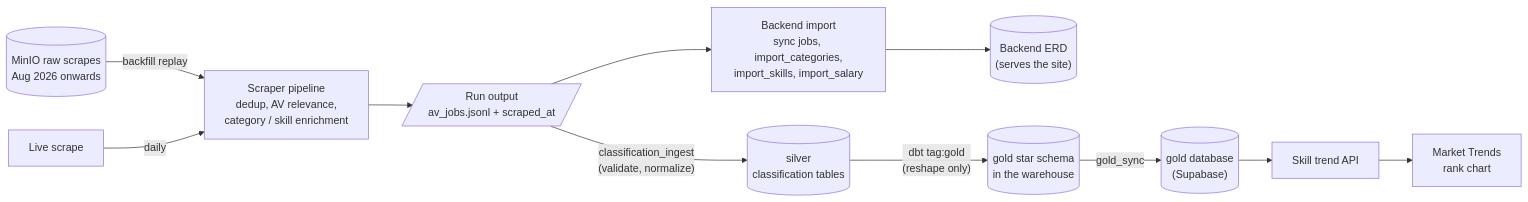
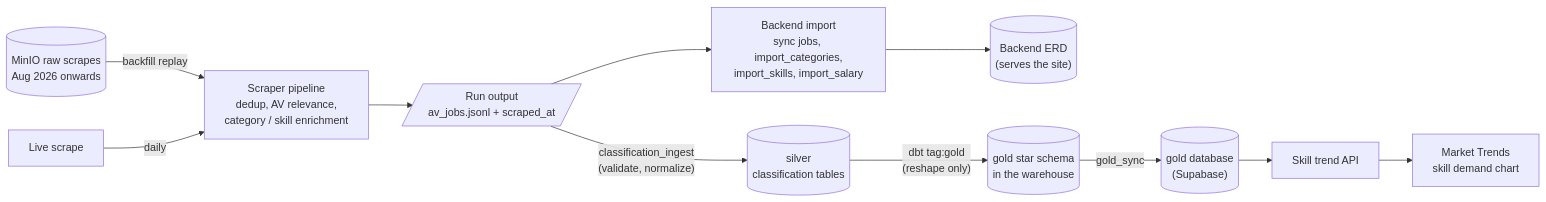
Before and after one commit to husthunterpy01/Autonomous_Vehicle_Job_Profiles_Group3: the first of 2 diagrams in document/gold-trend-mart/README.md, drawn with Mermaid. The commit also changed other lines of this file, not shown here.

First line of the commit message:
docs(gold): record the skill trend API and chart from #143

````diff
--- a/document/gold-trend-mart/README.md
+++ b/document/gold-trend-mart/README.md
@@ -29,11 +29,11 @@
 ```mermaid
 flowchart LR
     MINIO[("MinIO raw scrapes<br/>Aug 2026 onwards")] -- "backfill replay" --> PIPE
     LIVE["Live scrape"] -- "daily" --> PIPE
     PIPE["Scraper pipeline<br/>dedup, AV relevance,<br/>category / skill enrichment"] --> OUT[/"Run output<br/>av_jobs.jsonl + scraped_at"/]
     OUT --> IMPORT["Backend import<br/>sync jobs, import_categories,<br/>import_skills, import_salary"] --> ERD[("Backend ERD<br/>(serves the site)")]
     OUT -- "classification_ingest<br/>(validate, normalize)" --> SILVER[("silver<br/>classification tables")]
     SILVER -- "dbt tag:gold<br/>(reshape only)" --> GOLD[("gold star schema<br/>in the warehouse")]
     GOLD -- "gold_sync" --> GOLDDB[("gold database<br/>(Supabase)")]
-    GOLDDB --> API["Skill trend API"] --> CHART["Market Trends<br/>rank chart"]
+    GOLDDB --> API["Skill trend API"] --> CHART["Market Trends<br/>skill demand chart"]
 ```
````
